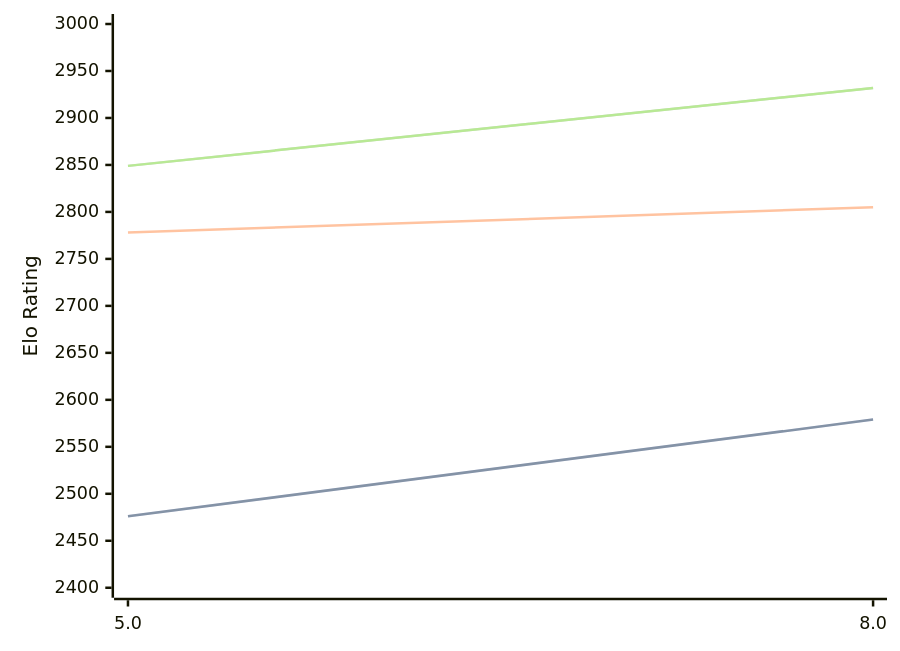
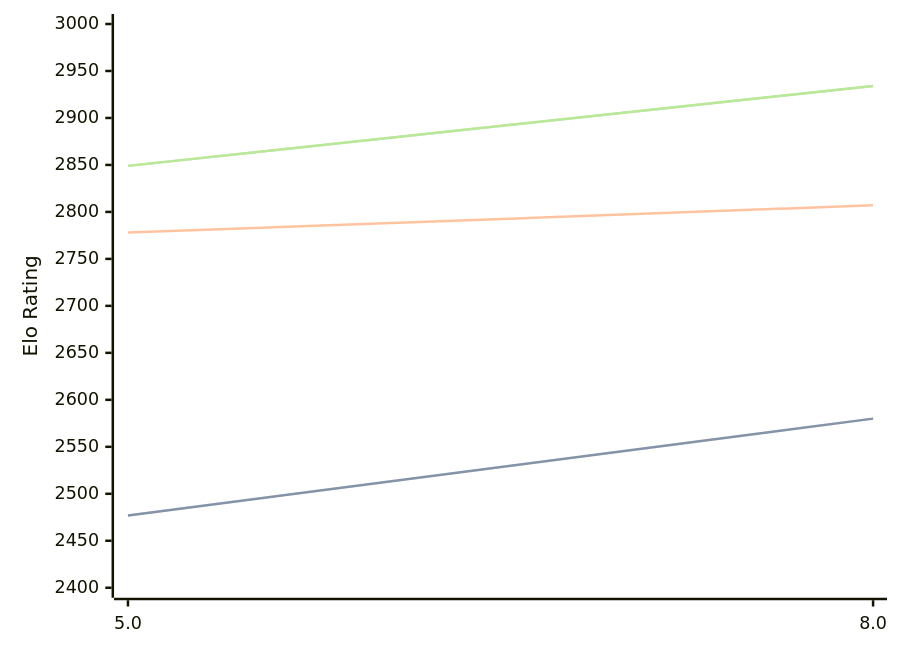
One commit to computer-chess-index/cci changed the diagram in engines/4kc.md. Above: the diagram before and after it, drawn with Mermaid. The commit also changed other lines of this file, not shown here.

Commit message:
Update CCI Ratings (ELO VLTC) - 2026-05-22

````diff
--- a/engines/4kc.md
+++ b/engines/4kc.md
@@ -41,11 +41,11 @@
 ```mermaid
 %%{init: {"theme":"base","themeVariables":{"seriesColors:['#a3a3a3','#222221','#faa371']}}}%%
 xychart-beta
   x-axis ["5.0", "8.0"]
   y-axis "Elo Rating" 2400 --> 3000
-  line "STC (8.0+0.08s)" [2476, 2579]
-  line "STC (8.0+0.08s)" [2476, 2579]
-  line "LTC (60.0+0.60s)" [2778, 2805]
-  line "VLTC (2m24s+1.12s)" [2849, 2932]
-  line "VLTC (2m24s+1.12s)" [2849, 2932]
+  line "STC (8.0+0.08s)" [2477, 2580]
+  line "STC (8.0+0.08s)" [2477, 2580]
+  line "LTC (60.0+0.60s)" [2778, 2807]
+  line "VLTC (2m24s+1.12s)" [2849, 2934]
+  line "VLTC (2m24s+1.12s)" [2849, 2934]
 ```
````
